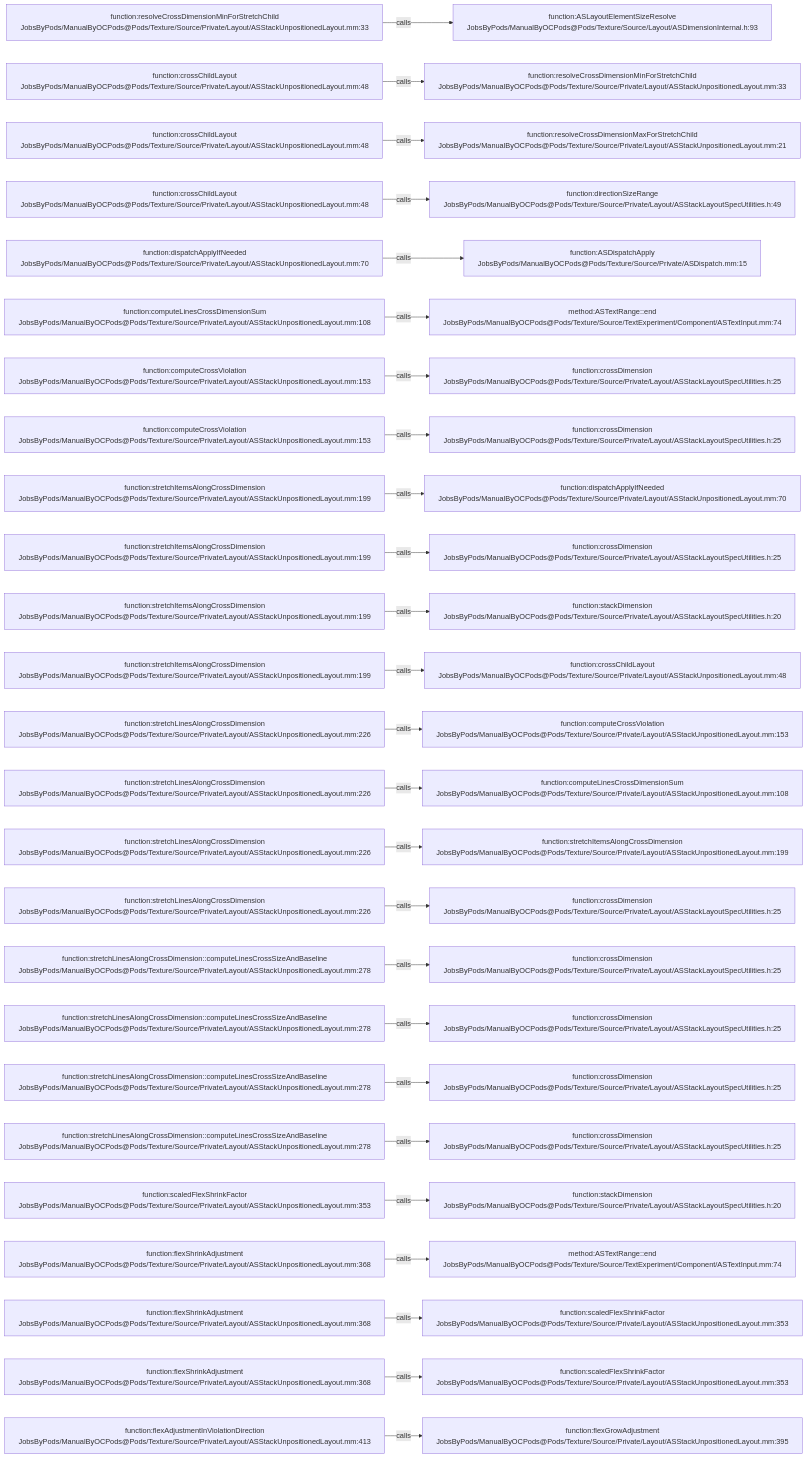
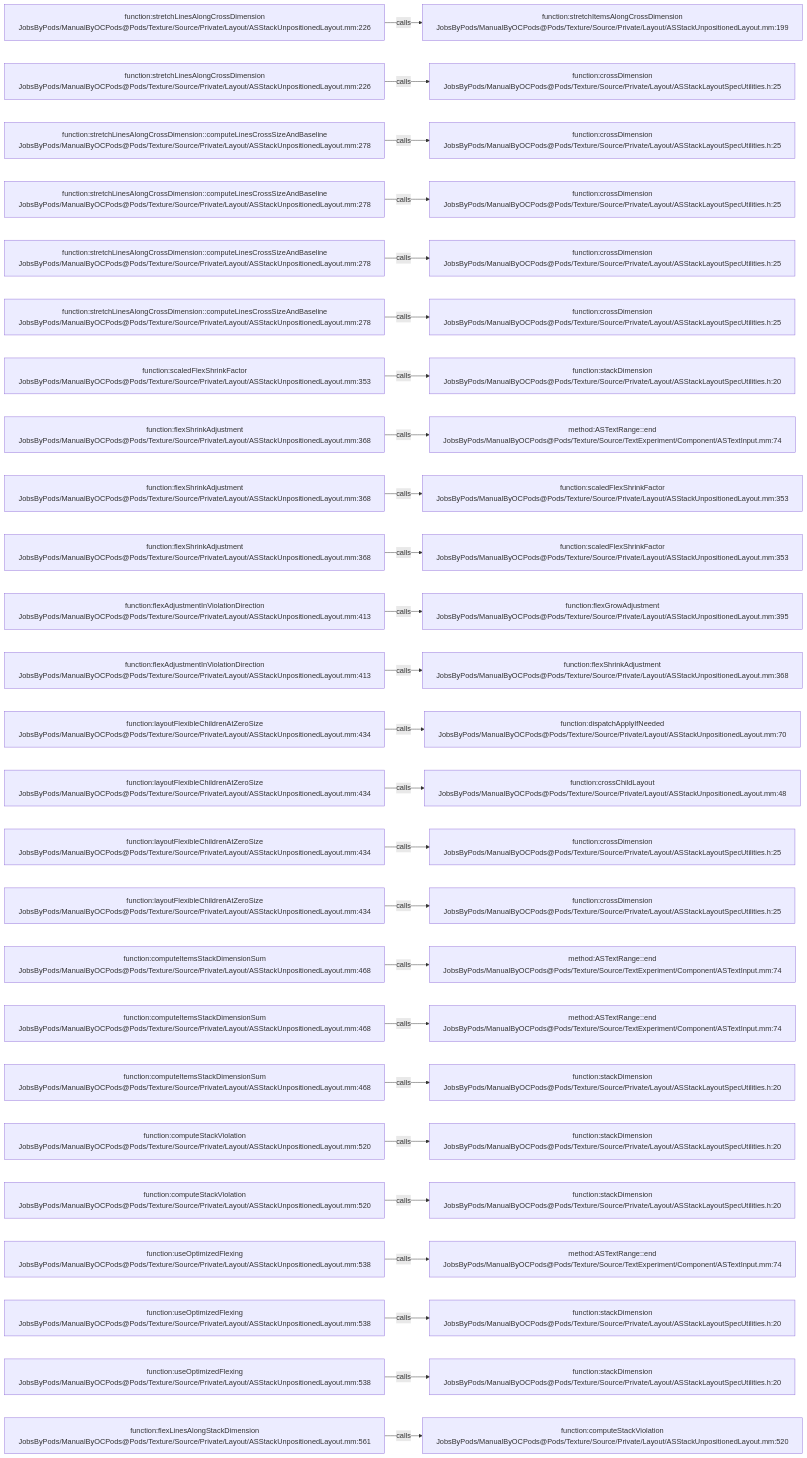
The diagram in .codegraph/codegraph.md/graphs/calls-196.md (JobsKits/JobsOCBaseConfigDemo), drawn with Mermaid before and after one commit. The commit also changed 296 other files, not shown here.

````diff
--- a/.codegraph/codegraph.md/graphs/calls-196.md
+++ b/.codegraph/codegraph.md/graphs/calls-196.md
@@ -13,78 +13,78 @@
 ```mermaid
 flowchart LR
-  S1["function:resolveCrossDimensionMinForStretchChild<br/>JobsByPods/ManualByOCPods@Pods/Texture/Source/Private/Layout/ASStackUnpositionedLayout.mm:33"]
-  T1["function:ASLayoutElementSizeResolve<br/>JobsByPods/ManualByOCPods@Pods/Texture/Source/Layout/ASDimensionInternal.h:93"]
+  S1["function:stretchLinesAlongCrossDimension<br/>JobsByPods/ManualByOCPods@Pods/Texture/Source/Private/Layout/ASStackUnpositionedLayout.mm:226"]
+  T1["function:stretchItemsAlongCrossDimension<br/>JobsByPods/ManualByOCPods@Pods/Texture/Source/Private/Layout/ASStackUnpositionedLayout.mm:199"]
   S1 -->|calls| T1
-  S2["function:crossChildLayout<br/>JobsByPods/ManualByOCPods@Pods/Texture/Source/Private/Layout/ASStackUnpositionedLayout.mm:48"]
-  T2["function:resolveCrossDimensionMinForStretchChild<br/>JobsByPods/ManualByOCPods@Pods/Texture/Source/Private/Layout/ASStackUnpositionedLayout.mm:33"]
+  S2["function:stretchLinesAlongCrossDimension<br/>JobsByPods/ManualByOCPods@Pods/Texture/Source/Private/Layout/ASStackUnpositionedLayout.mm:226"]
+  T2["function:crossDimension<br/>JobsByPods/ManualByOCPods@Pods/Texture/Source/Private/Layout/ASStackLayoutSpecUtilities.h:25"]
   S2 -->|calls| T2
-  S3["function:crossChildLayout<br/>JobsByPods/ManualByOCPods@Pods/Texture/Source/Private/Layout/ASStackUnpositionedLayout.mm:48"]
-  T3["function:resolveCrossDimensionMaxForStretchChild<br/>JobsByPods/ManualByOCPods@Pods/Texture/Source/Private/Layout/ASStackUnpositionedLayout.mm:21"]
+  S3["function:stretchLinesAlongCrossDimension::computeLinesCrossSizeAndBaseline<br/>JobsByPods/ManualByOCPods@Pods/Texture/Source/Private/Layout/ASStackUnpositionedLayout.mm:278"]
+  T3["function:crossDimension<br/>JobsByPods/ManualByOCPods@Pods/Texture/Source/Private/Layout/ASStackLayoutSpecUtilities.h:25"]
   S3 -->|calls| T3
-  S4["function:crossChildLayout<br/>JobsByPods/ManualByOCPods@Pods/Texture/Source/Private/Layout/ASStackUnpositionedLayout.mm:48"]
-  T4["function:directionSizeRange<br/>JobsByPods/ManualByOCPods@Pods/Texture/Source/Private/Layout/ASStackLayoutSpecUtilities.h:49"]
+  S4["function:stretchLinesAlongCrossDimension::computeLinesCrossSizeAndBaseline<br/>JobsByPods/ManualByOCPods@Pods/Texture/Source/Private/Layout/ASStackUnpositionedLayout.mm:278"]
+  T4["function:crossDimension<br/>JobsByPods/ManualByOCPods@Pods/Texture/Source/Private/Layout/ASStackLayoutSpecUtilities.h:25"]
   S4 -->|calls| T4
-  S5["function:dispatchApplyIfNeeded<br/>JobsByPods/ManualByOCPods@Pods/Texture/Source/Private/Layout/ASStackUnpositionedLayout.mm:70"]
-  T5["function:ASDispatchApply<br/>JobsByPods/ManualByOCPods@Pods/Texture/Source/Private/ASDispatch.mm:15"]
+  S5["function:stretchLinesAlongCrossDimension::computeLinesCrossSizeAndBaseline<br/>JobsByPods/ManualByOCPods@Pods/Texture/Source/Private/Layout/ASStackUnpositionedLayout.mm:278"]
+  T5["function:crossDimension<br/>JobsByPods/ManualByOCPods@Pods/Texture/Source/Private/Layout/ASStackLayoutSpecUtilities.h:25"]
   S5 -->|calls| T5
-  S6["function:computeLinesCrossDimensionSum<br/>JobsByPods/ManualByOCPods@Pods/Texture/Source/Private/Layout/ASStackUnpositionedLayout.mm:108"]
-  T6["method:ASTextRange::end<br/>JobsByPods/ManualByOCPods@Pods/Texture/Source/TextExperiment/Component/ASTextInput.mm:74"]
+  S6["function:stretchLinesAlongCrossDimension::computeLinesCrossSizeAndBaseline<br/>JobsByPods/ManualByOCPods@Pods/Texture/Source/Private/Layout/ASStackUnpositionedLayout.mm:278"]
+  T6["function:crossDimension<br/>JobsByPods/ManualByOCPods@Pods/Texture/Source/Private/Layout/ASStackLayoutSpecUtilities.h:25"]
   S6 -->|calls| T6
-  S7["function:computeCrossViolation<br/>JobsByPods/ManualByOCPods@Pods/Texture/Source/Private/Layout/ASStackUnpositionedLayout.mm:153"]
-  T7["function:crossDimension<br/>JobsByPods/ManualByOCPods@Pods/Texture/Source/Private/Layout/ASStackLayoutSpecUtilities.h:25"]
+  S7["function:scaledFlexShrinkFactor<br/>JobsByPods/ManualByOCPods@Pods/Texture/Source/Private/Layout/ASStackUnpositionedLayout.mm:353"]
+  T7["function:stackDimension<br/>JobsByPods/ManualByOCPods@Pods/Texture/Source/Private/Layout/ASStackLayoutSpecUtilities.h:20"]
   S7 -->|calls| T7
-  S8["function:computeCrossViolation<br/>JobsByPods/ManualByOCPods@Pods/Texture/Source/Private/Layout/ASStackUnpositionedLayout.mm:153"]
-  T8["function:crossDimension<br/>JobsByPods/ManualByOCPods@Pods/Texture/Source/Private/Layout/ASStackLayoutSpecUtilities.h:25"]
+  S8["function:flexShrinkAdjustment<br/>JobsByPods/ManualByOCPods@Pods/Texture/Source/Private/Layout/ASStackUnpositionedLayout.mm:368"]
+  T8["method:ASTextRange::end<br/>JobsByPods/ManualByOCPods@Pods/Texture/Source/TextExperiment/Component/ASTextInput.mm:74"]
   S8 -->|calls| T8
-  S9["function:stretchItemsAlongCrossDimension<br/>JobsByPods/ManualByOCPods@Pods/Texture/Source/Private/Layout/ASStackUnpositionedLayout.mm:199"]
-  T9["function:dispatchApplyIfNeeded<br/>JobsByPods/ManualByOCPods@Pods/Texture/Source/Private/Layout/ASStackUnpositionedLayout.mm:70"]
+  S9["function:flexShrinkAdjustment<br/>JobsByPods/ManualByOCPods@Pods/Texture/Source/Private/Layout/ASStackUnpositionedLayout.mm:368"]
+  T9["function:scaledFlexShrinkFactor<br/>JobsByPods/ManualByOCPods@Pods/Texture/Source/Private/Layout/ASStackUnpositionedLayout.mm:353"]
   S9 -->|calls| T9
-  S10["function:stretchItemsAlongCrossDimension<br/>JobsByPods/ManualByOCPods@Pods/Texture/Source/Private/Layout/ASStackUnpositionedLayout.mm:199"]
-  T10["function:crossDimension<br/>JobsByPods/ManualByOCPods@Pods/Texture/Source/Private/Layout/ASStackLayoutSpecUtilities.h:25"]
+  S10["function:flexShrinkAdjustment<br/>JobsByPods/ManualByOCPods@Pods/Texture/Source/Private/Layout/ASStackUnpositionedLayout.mm:368"]
+  T10["function:scaledFlexShrinkFactor<br/>JobsByPods/ManualByOCPods@Pods/Texture/Source/Private/Layout/ASStackUnpositionedLayout.mm:353"]
   S10 -->|calls| T10
-  S11["function:stretchItemsAlongCrossDimension<br/>JobsByPods/ManualByOCPods@Pods/Texture/Source/Private/Layout/ASStackUnpositionedLayout.mm:199"]
-  T11["function:stackDimension<br/>JobsByPods/ManualByOCPods@Pods/Texture/Source/Private/Layout/ASStackLayoutSpecUtilities.h:20"]
+  S11["function:flexAdjustmentInViolationDirection<br/>JobsByPods/ManualByOCPods@Pods/Texture/Source/Private/Layout/ASStackUnpositionedLayout.mm:413"]
+  T11["function:flexGrowAdjustment<br/>JobsByPods/ManualByOCPods@Pods/Texture/Source/Private/Layout/ASStackUnpositionedLayout.mm:395"]
   S11 -->|calls| T11
-  S12["function:stretchItemsAlongCrossDimension<br/>JobsByPods/ManualByOCPods@Pods/Texture/Source/Private/Layout/ASStackUnpositionedLayout.mm:199"]
-  T12["function:crossChildLayout<br/>JobsByPods/ManualByOCPods@Pods/Texture/Source/Private/Layout/ASStackUnpositionedLayout.mm:48"]
+  S12["function:flexAdjustmentInViolationDirection<br/>JobsByPods/ManualByOCPods@Pods/Texture/Source/Private/Layout/ASStackUnpositionedLayout.mm:413"]
+  T12["function:flexShrinkAdjustment<br/>JobsByPods/ManualByOCPods@Pods/Texture/Source/Private/Layout/ASStackUnpositionedLayout.mm:368"]
   S12 -->|calls| T12
-  S13["function:stretchLinesAlongCrossDimension<br/>JobsByPods/ManualByOCPods@Pods/Texture/Source/Private/Layout/ASStackUnpositionedLayout.mm:226"]
-  T13["function:computeCrossViolation<br/>JobsByPods/ManualByOCPods@Pods/Texture/Source/Private/Layout/ASStackUnpositionedLayout.mm:153"]
+  S13["function:layoutFlexibleChildrenAtZeroSize<br/>JobsByPods/ManualByOCPods@Pods/Texture/Source/Private/Layout/ASStackUnpositionedLayout.mm:434"]
+  T13["function:dispatchApplyIfNeeded<br/>JobsByPods/ManualByOCPods@Pods/Texture/Source/Private/Layout/ASStackUnpositionedLayout.mm:70"]
   S13 -->|calls| T13
-  S14["function:stretchLinesAlongCrossDimension<br/>JobsByPods/ManualByOCPods@Pods/Texture/Source/Private/Layout/ASStackUnpositionedLayout.mm:226"]
-  T14["function:computeLinesCrossDimensionSum<br/>JobsByPods/ManualByOCPods@Pods/Texture/Source/Private/Layout/ASStackUnpositionedLayout.mm:108"]
+  S14["function:layoutFlexibleChildrenAtZeroSize<br/>JobsByPods/ManualByOCPods@Pods/Texture/Source/Private/Layout/ASStackUnpositionedLayout.mm:434"]
+  T14["function:crossChildLayout<br/>JobsByPods/ManualByOCPods@Pods/Texture/Source/Private/Layout/ASStackUnpositionedLayout.mm:48"]
   S14 -->|calls| T14
-  S15["function:stretchLinesAlongCrossDimension<br/>JobsByPods/ManualByOCPods@Pods/Texture/Source/Private/Layout/ASStackUnpositionedLayout.mm:226"]
-  T15["function:stretchItemsAlongCrossDimension<br/>JobsByPods/ManualByOCPods@Pods/Texture/Source/Private/Layout/ASStackUnpositionedLayout.mm:199"]
+  S15["function:layoutFlexibleChildrenAtZeroSize<br/>JobsByPods/ManualByOCPods@Pods/Texture/Source/Private/Layout/ASStackUnpositionedLayout.mm:434"]
+  T15["function:crossDimension<br/>JobsByPods/ManualByOCPods@Pods/Texture/Source/Private/Layout/ASStackLayoutSpecUtilities.h:25"]
   S15 -->|calls| T15
-  S16["function:stretchLinesAlongCrossDimension<br/>JobsByPods/ManualByOCPods@Pods/Texture/Source/Private/Layout/ASStackUnpositionedLayout.mm:226"]
+  S16["function:layoutFlexibleChildrenAtZeroSize<br/>JobsByPods/ManualByOCPods@Pods/Texture/Source/Private/Layout/ASStackUnpositionedLayout.mm:434"]
   T16["function:crossDimension<br/>JobsByPods/ManualByOCPods@Pods/Texture/Source/Private/Layout/ASStackLayoutSpecUtilities.h:25"]
   S16 -->|calls| T16
-  S17["function:stretchLinesAlongCrossDimension::computeLinesCrossSizeAndBaseline<br/>JobsByPods/ManualByOCPods@Pods/Texture/Source/Private/Layout/ASStackUnpositionedLayout.mm:278"]
-  T17["function:crossDimension<br/>JobsByPods/ManualByOCPods@Pods/Texture/Source/Private/Layout/ASStackLayoutSpecUtilities.h:25"]
+  S17["function:computeItemsStackDimensionSum<br/>JobsByPods/ManualByOCPods@Pods/Texture/Source/Private/Layout/ASStackUnpositionedLayout.mm:468"]
+  T17["method:ASTextRange::end<br/>JobsByPods/ManualByOCPods@Pods/Texture/Source/TextExperiment/Component/ASTextInput.mm:74"]
   S17 -->|calls| T17
-  S18["function:stretchLinesAlongCrossDimension::computeLinesCrossSizeAndBaseline<br/>JobsByPods/ManualByOCPods@Pods/Texture/Source/Private/Layout/ASStackUnpositionedLayout.mm:278"]
-  T18["function:crossDimension<br/>JobsByPods/ManualByOCPods@Pods/Texture/Source/Private/Layout/ASStackLayoutSpecUtilities.h:25"]
+  S18["function:computeItemsStackDimensionSum<br/>JobsByPods/ManualByOCPods@Pods/Texture/Source/Private/Layout/ASStackUnpositionedLayout.mm:468"]
+  T18["method:ASTextRange::end<br/>JobsByPods/ManualByOCPods@Pods/Texture/Source/TextExperiment/Component/ASTextInput.mm:74"]
   S18 -->|calls| T18
-  S19["function:stretchLinesAlongCrossDimension::computeLinesCrossSizeAndBaseline<br/>JobsByPods/ManualByOCPods@Pods/Texture/Source/Private/Layout/ASStackUnpositionedLayout.mm:278"]
-  T19["function:crossDimension<br/>JobsByPods/ManualByOCPods@Pods/Texture/Source/Private/Layout/ASStackLayoutSpecUtilities.h:25"]
+  S19["function:computeItemsStackDimensionSum<br/>JobsByPods/ManualByOCPods@Pods/Texture/Source/Private/Layout/ASStackUnpositionedLayout.mm:468"]
+  T19["function:stackDimension<br/>JobsByPods/ManualByOCPods@Pods/Texture/Source/Private/Layout/ASStackLayoutSpecUtilities.h:20"]
   S19 -->|calls| T19
-  S20["function:stretchLinesAlongCrossDimension::computeLinesCrossSizeAndBaseline<br/>JobsByPods/ManualByOCPods@Pods/Texture/Source/Private/Layout/ASStackUnpositionedLayout.mm:278"]
-  T20["function:crossDimension<br/>JobsByPods/ManualByOCPods@Pods/Texture/Source/Private/Layout/ASStackLayoutSpecUtilities.h:25"]
+  S20["function:computeStackViolation<br/>JobsByPods/ManualByOCPods@Pods/Texture/Source/Private/Layout/ASStackUnpositionedLayout.mm:520"]
+  T20["function:stackDimension<br/>JobsByPods/ManualByOCPods@Pods/Texture/Source/Private/Layout/ASStackLayoutSpecUtilities.h:20"]
   S20 -->|calls| T20
-  S21["function:scaledFlexShrinkFactor<br/>JobsByPods/ManualByOCPods@Pods/Texture/Source/Private/Layout/ASStackUnpositionedLayout.mm:353"]
+  S21["function:computeStackViolation<br/>JobsByPods/ManualByOCPods@Pods/Texture/Source/Private/Layout/ASStackUnpositionedLayout.mm:520"]
   T21["function:stackDimension<br/>JobsByPods/ManualByOCPods@Pods/Texture/Source/Private/Layout/ASStackLayoutSpecUtilities.h:20"]
   S21 -->|calls| T21
-  S22["function:flexShrinkAdjustment<br/>JobsByPods/ManualByOCPods@Pods/Texture/Source/Private/Layout/ASStackUnpositionedLayout.mm:368"]
+  S22["function:useOptimizedFlexing<br/>JobsByPods/ManualByOCPods@Pods/Texture/Source/Private/Layout/ASStackUnpositionedLayout.mm:538"]
   T22["method:ASTextRange::end<br/>JobsByPods/ManualByOCPods@Pods/Texture/Source/TextExperiment/Component/ASTextInput.mm:74"]
   S22 -->|calls| T22
-  S23["function:flexShrinkAdjustment<br/>JobsByPods/ManualByOCPods@Pods/Texture/Source/Private/Layout/ASStackUnpositionedLayout.mm:368"]
-  T23["function:scaledFlexShrinkFactor<br/>JobsByPods/ManualByOCPods@Pods/Texture/Source/Private/Layout/ASStackUnpositionedLayout.mm:353"]
+  S23["function:useOptimizedFlexing<br/>JobsByPods/ManualByOCPods@Pods/Texture/Source/Private/Layout/ASStackUnpositionedLayout.mm:538"]
+  T23["function:stackDimension<br/>JobsByPods/ManualByOCPods@Pods/Texture/Source/Private/Layout/ASStackLayoutSpecUtilities.h:20"]
   S23 -->|calls| T23
-  S24["function:flexShrinkAdjustment<br/>JobsByPods/ManualByOCPods@Pods/Texture/Source/Private/Layout/ASStackUnpositionedLayout.mm:368"]
-  T24["function:scaledFlexShrinkFactor<br/>JobsByPods/ManualByOCPods@Pods/Texture/Source/Private/Layout/ASStackUnpositionedLayout.mm:353"]
+  S24["function:useOptimizedFlexing<br/>JobsByPods/ManualByOCPods@Pods/Texture/Source/Private/Layout/ASStackUnpositionedLayout.mm:538"]
+  T24["function:stackDimension<br/>JobsByPods/ManualByOCPods@Pods/Texture/Source/Private/Layout/ASStackLayoutSpecUtilities.h:20"]
   S24 -->|calls| T24
-  S25["function:flexAdjustmentInViolationDirection<br/>JobsByPods/ManualByOCPods@Pods/Texture/Source/Private/Layout/ASStackUnpositionedLayout.mm:413"]
-  T25["function:flexGrowAdjustment<br/>JobsByPods/ManualByOCPods@Pods/Texture/Source/Private/Layout/ASStackUnpositionedLayout.mm:395"]
+  S25["function:flexLinesAlongStackDimension<br/>JobsByPods/ManualByOCPods@Pods/Texture/Source/Private/Layout/ASStackUnpositionedLayout.mm:561"]
+  T25["function:computeStackViolation<br/>JobsByPods/ManualByOCPods@Pods/Texture/Source/Private/Layout/ASStackUnpositionedLayout.mm:520"]
   S25 -->|calls| T25
 ```
````
